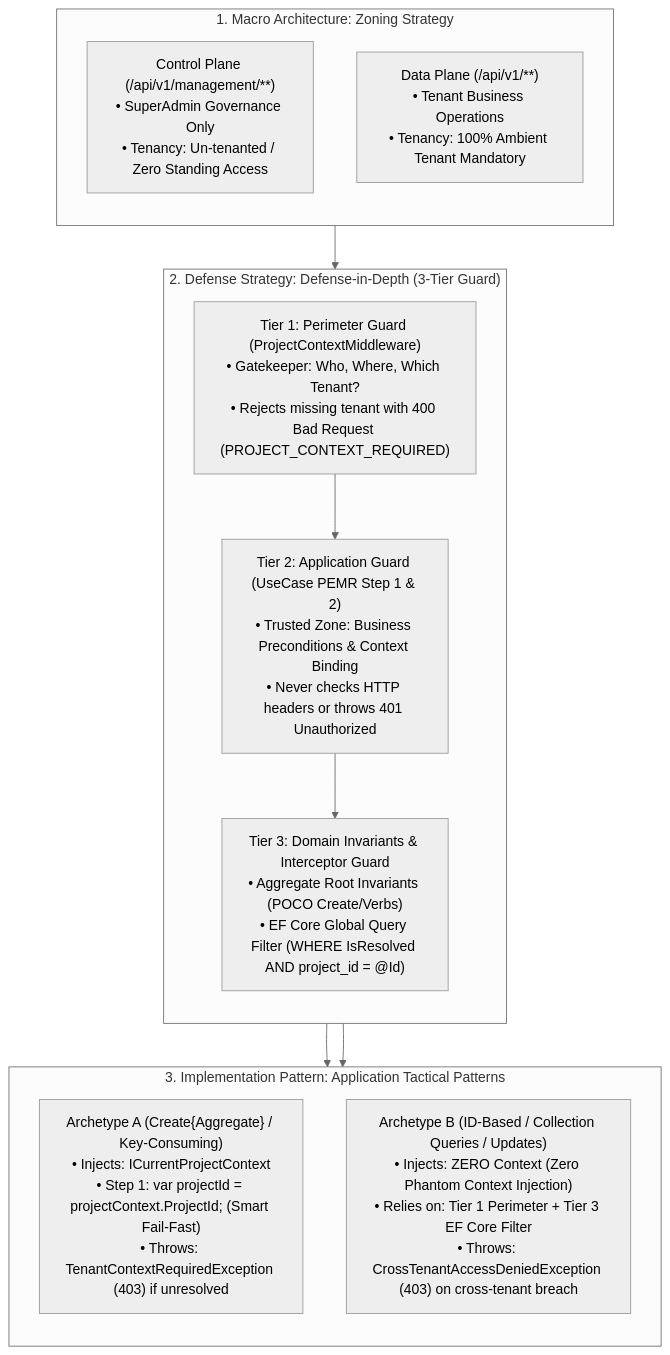
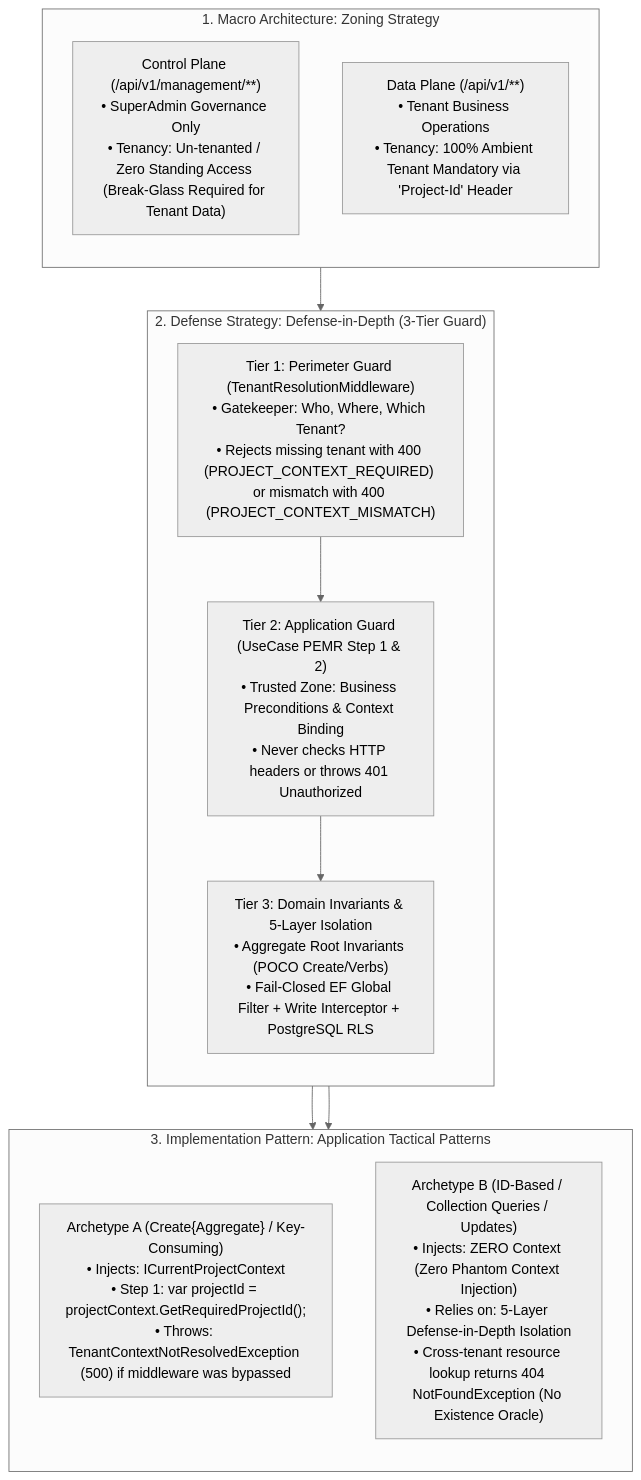
Before and after one commit to suang05/doc_template: the diagram in specs/01_clean_arch_patterns/02_application_layer.md, drawn with Mermaid (neutral theme). The commit also changed other lines of this file and 17 other files, not shown here.

Commit message:
feat: add backend v2 build configuration, banned symbols, and core architecture specifications

````diff
--- a/specs/01_clean_arch_patterns/02_application_layer.md
+++ b/specs/01_clean_arch_patterns/02_application_layer.md
@@ -23,26 +23,26 @@
 ```mermaid
 flowchart TD
     subgraph Macro ["1. Macro Architecture: Zoning Strategy"]
         direction TB
-        CtrlPlane["Control Plane (/api/v1/management/**)\n• SuperAdmin Governance Only\n• Tenancy: Un-tenanted / Zero Standing Access"]
-        DataPlane["Data Plane (/api/v1/**)\n• Tenant Business Operations\n• Tenancy: 100% Ambient Tenant Mandatory"]
+        CtrlPlane["Control Plane (/api/v1/management/**)\n• SuperAdmin Governance Only\n• Tenancy: Un-tenanted / Zero Standing Access (Break-Glass Required for Tenant Data)"]
+        DataPlane["Data Plane (/api/v1/**)\n• Tenant Business Operations\n• Tenancy: 100% Ambient Tenant Mandatory via 'Project-Id' Header"]
     end
 
     subgraph Defense ["2. Defense Strategy: Defense-in-Depth (3-Tier Guard)"]
         direction TB
-        Tier1["Tier 1: Perimeter Guard (ProjectContextMiddleware)\n• Gatekeeper: Who, Where, Which Tenant?\n• Rejects missing tenant with 400 Bad Request (PROJECT_CONTEXT_REQUIRED)"]
+        Tier1["Tier 1: Perimeter Guard (TenantResolutionMiddleware)\n• Gatekeeper: Who, Where, Which Tenant?\n• Rejects missing tenant with 400 (PROJECT_CONTEXT_REQUIRED) or mismatch with 400 (PROJECT_CONTEXT_MISMATCH)"]
         Tier2["Tier 2: Application Guard (UseCase PEMR Step 1 & 2)\n• Trusted Zone: Business Preconditions & Context Binding\n• Never checks HTTP headers or throws 401 Unauthorized"]
-        Tier3["Tier 3: Domain Invariants & Interceptor Guard\n• Aggregate Root Invariants (POCO Create/Verbs)\n• EF Core Global Query Filter (WHERE IsResolved AND project_id = @Id)"]
+        Tier3["Tier 3: Domain Invariants & 5-Layer Isolation\n• Aggregate Root Invariants (POCO Create/Verbs)\n• Fail-Closed EF Global Filter + Write Interceptor + PostgreSQL RLS"]
         Tier1 --> Tier2 --> Tier3
     end
 
     subgraph Tactical ["3. Implementation Pattern: Application Tactical Patterns"]
         direction TB
-        ArchA["Archetype A (Create{Aggregate} / Key-Consuming)\n• Injects: ICurrentProjectContext\n• Step 1: var projectId = projectContext.ProjectId; (Smart Fail-Fast)\n• Throws: TenantContextRequiredException (403) if unresolved"]
-        ArchB["Archetype B (ID-Based / Collection Queries / Updates)\n• Injects: ZERO Context (Zero Phantom Context Injection)\n• Relies on: Tier 1 Perimeter + Tier 3 EF Core Filter\n• Throws: CrossTenantAccessDeniedException (403) on cross-tenant breach"]
+        ArchA["Archetype A (Create{Aggregate} / Key-Consuming)\n• Injects: ICurrentProjectContext\n• Step 1: var projectId = projectContext.GetRequiredProjectId();\n• Throws: TenantContextNotResolvedException (500) if middleware was bypassed"]
+        ArchB["Archetype B (ID-Based / Collection Queries / Updates)\n• Injects: ZERO Context (Zero Phantom Context Injection)\n• Relies on: 5-Layer Defense-in-Depth Isolation\n• Cross-tenant resource lookup returns 404 NotFoundException (No Existence Oracle)"]
     end
 
     DataPlane --> Tier1
     Tier2 --> ArchA
     Tier2 --> ArchB
 ```
````
